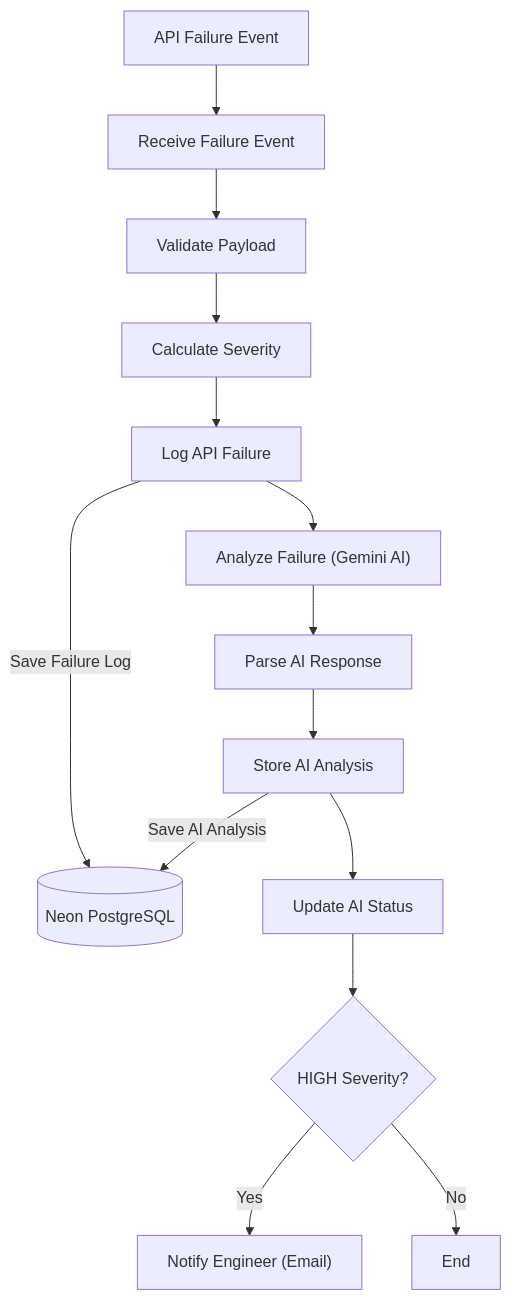
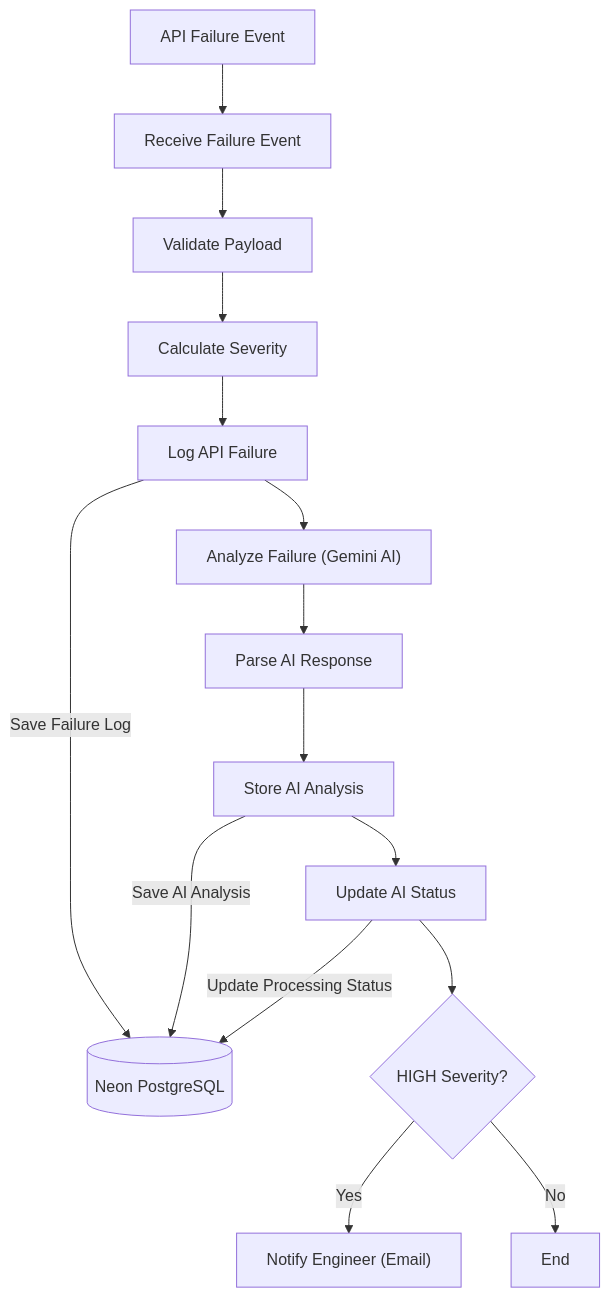
The first of 2 diagrams in README.md (FarhaSerinNaaz/DevStream), drawn with Mermaid before and after one commit. The commit also changed other lines of this file, not shown here.

First line of the commit message:
Enhance README with detailed project flow and triggers

````diff
--- a/README.md
+++ b/README.md
@@ -58,36 +73,37 @@
 ```mermaid
 flowchart TD
 
 A["API Failure Event"]
 B["Receive Failure Event"]
 C["Validate Payload"]
 D["Calculate Severity"]
 E["Log API Failure"]
 F["Analyze Failure (Gemini AI)"]
 G["Parse AI Response"]
 H["Store AI Analysis"]
 I["Update AI Status"]
 J{"HIGH Severity?"}
 K["Notify Engineer (Email)"]
 L["End"]
 M[("Neon PostgreSQL")]
 
 A --> B
 B --> C
 C --> D
 D --> E
 
 E -->|"Save Failure Log"| M
 
 E --> F
 F --> G
 G --> H
 
 H -->|"Save AI Analysis"| M
 
 H --> I
+I -->|"Update Processing Status"| M
 I --> J
 
 J -->|Yes| K
 J -->|No| L
 ```
````
